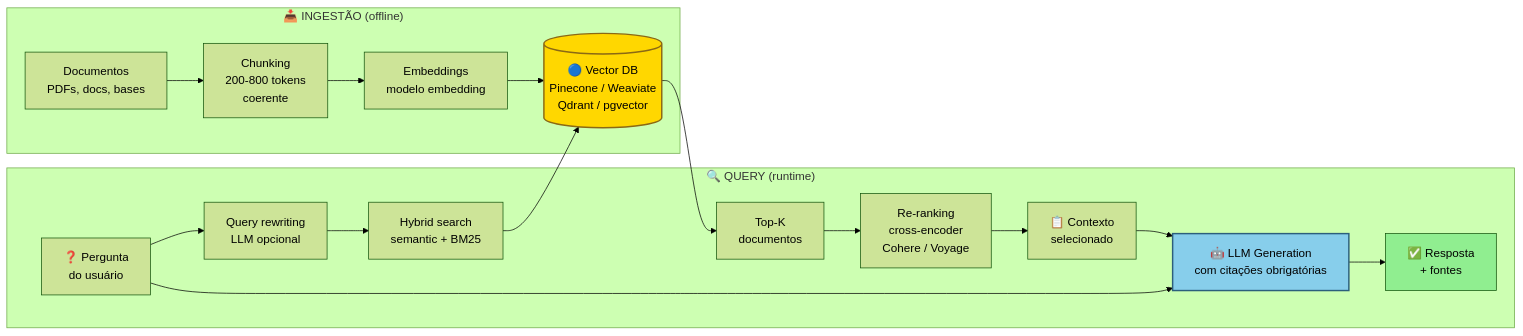
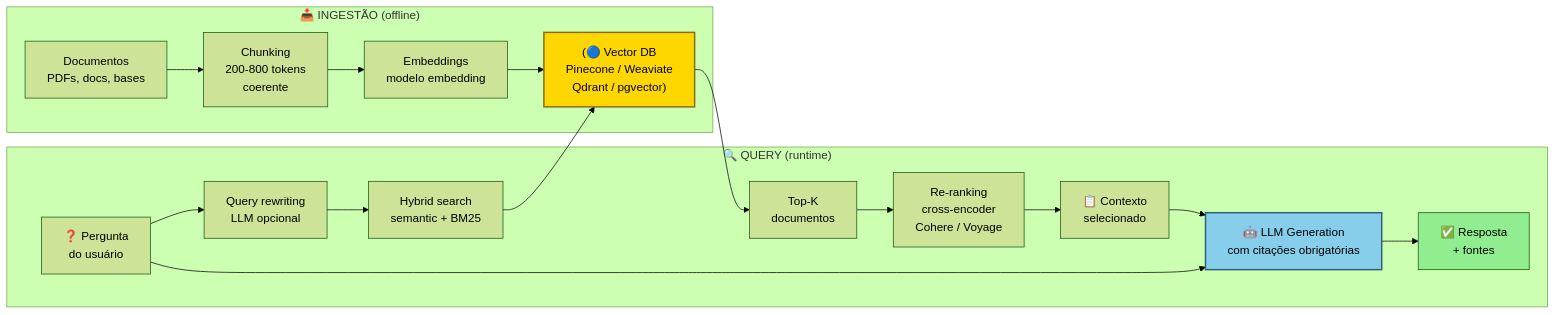
The second of 2 diagrams in apendices/apendice-z.md (jottaprado/ignicao), drawn with Mermaid (forest theme) before and after one commit. The commit also changed other lines of this file and 17 other files, not shown here.

First line of the commit message:
fix: revisão profunda de diagramas Mermaid — labels e edges com aspas

````diff
--- a/apendices/apendice-z.md
+++ b/apendices/apendice-z.md
@@ -135,24 +135,24 @@
 ```mermaid
 flowchart LR
  subgraph Ingest["📥 INGESTÃO (offline)"]
- D1[Documentos<br/>PDFs, docs, bases] --> C1[Chunking<br/>200-800 tokens<br/>coerente]
- C1 --> E1[Embeddings<br/>modelo embedding]
- E1 --> VDB[(🔵 Vector DB<br/>Pinecone / Weaviate<br/>Qdrant / pgvector)]
+ D1["Documentos<br/>PDFs, docs, bases"] --> C1["Chunking<br/>200-800 tokens<br/>coerente"]
+ C1 --> E1["Embeddings<br/>modelo embedding"]
+ E1 --> VDB["(🔵 Vector DB<br/>Pinecone / Weaviate<br/>Qdrant / pgvector)"]
  end
 
  subgraph Query["🔍 QUERY (runtime)"]
- U[❓ Pergunta<br/>do usuário] --> QR[Query rewriting<br/>LLM opcional]
- QR --> HS[Hybrid search<br/>semantic + BM25]
+ U["❓ Pergunta<br/>do usuário"] --> QR["Query rewriting<br/>LLM opcional"]
+ QR --> HS["Hybrid search<br/>semantic + BM25"]
  HS --> VDB
- VDB --> TopK[Top-K<br/>documentos]
- TopK --> RR[Re-ranking<br/>cross-encoder<br/>Cohere / Voyage]
- RR --> Ctx[📋 Contexto<br/>selecionado]
- Ctx --> LLM[🤖 LLM Generation<br/>com citações obrigatórias]
+ VDB --> TopK["Top-K<br/>documentos"]
+ TopK --> RR["Re-ranking<br/>cross-encoder<br/>Cohere / Voyage"]
+ RR --> Ctx["📋 Contexto<br/>selecionado"]
+ Ctx --> LLM["🤖 LLM Generation<br/>com citações obrigatórias"]
  U --> LLM
- LLM --> R[✅ Resposta<br/>+ fontes]
+ LLM --> R["✅ Resposta<br/>+ fontes"]
  end
 
  style VDB fill:#FFD700,stroke:#8B6914,stroke-width:2px
  style LLM fill:#87CEEB,stroke:#2C5F7C,stroke-width:2px
  style R fill:#90EE90
 ```
````
